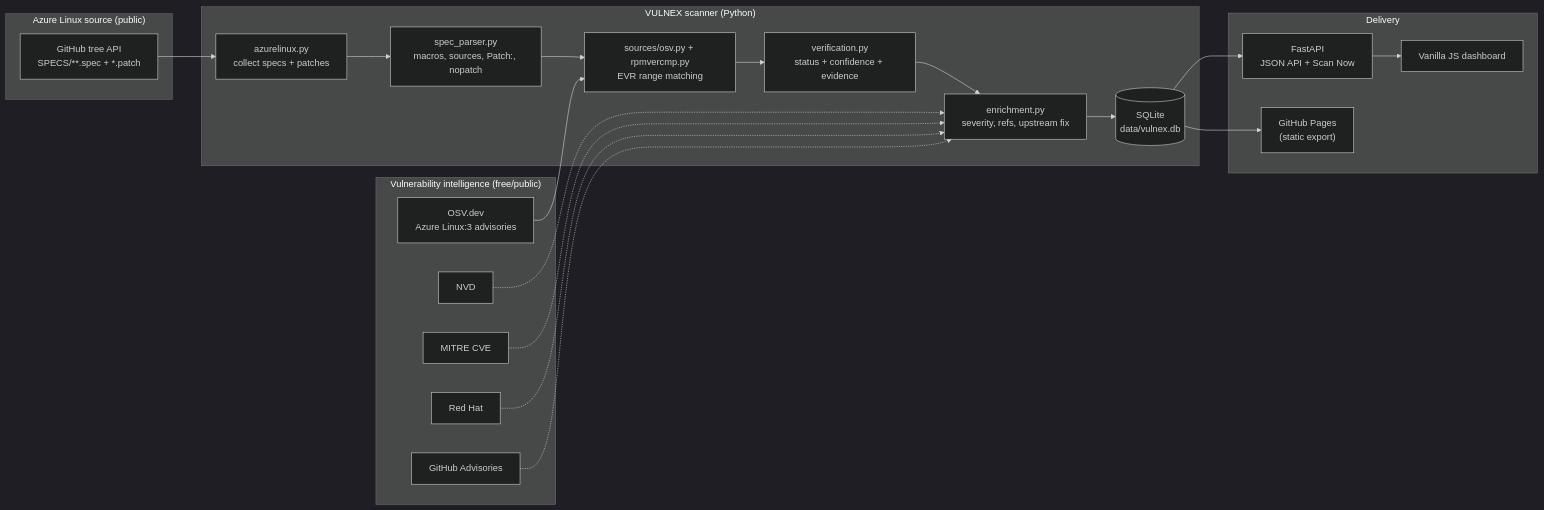
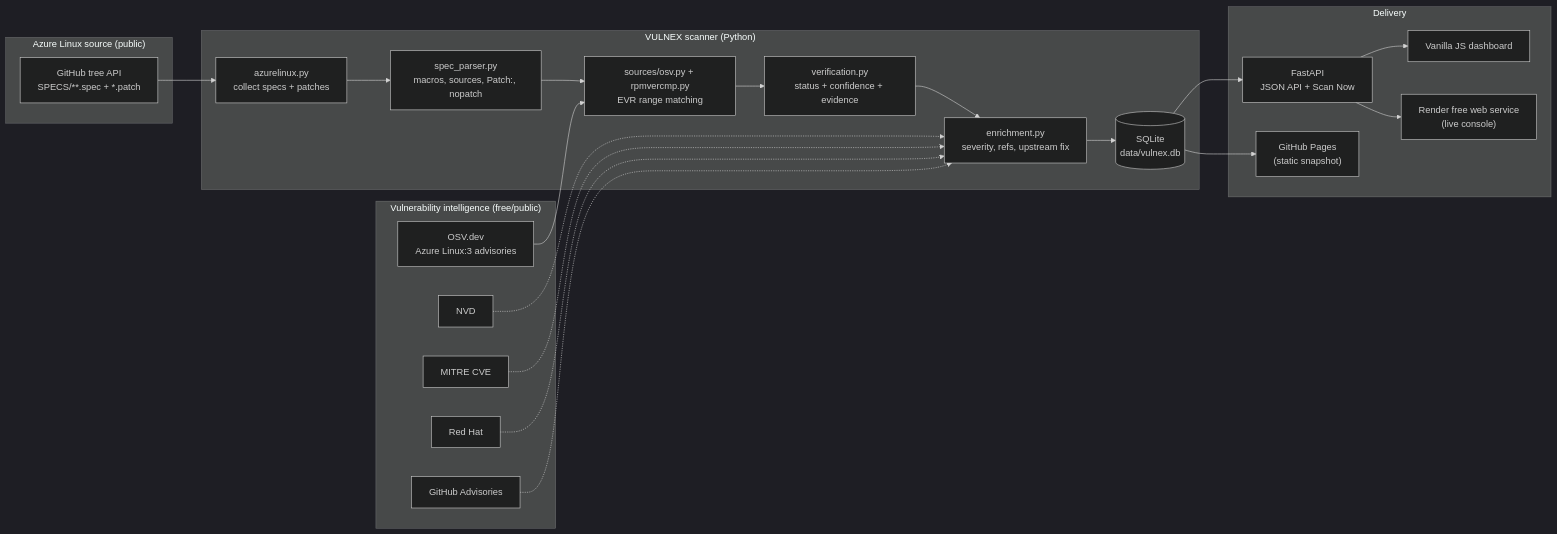
Before and after one commit to akhila-dev5/vulnex: the diagram in README.md, drawn with Mermaid (dark theme). The commit also changed other lines of this file and 12 other files, not shown here.

First line of the commit message:
Consume the VulnerabilityData feed; GitHub-only admin; free live deploy

````diff
--- a/README.md
+++ b/README.md
@@ -98,39 +100,41 @@
 ```mermaid
 flowchart LR
     subgraph Source["Azure Linux source (public)"]
         GH["GitHub tree API<br/>SPECS/**.spec + *.patch"]
     end
 
     subgraph Intel["Vulnerability intelligence (free/public)"]
         OSV["OSV.dev<br/>Azure Linux:3 advisories"]
         NVD["NVD"]
         MITRE["MITRE CVE"]
         RH["Red Hat"]
         GHSA["GitHub Advisories"]
     end
 
     subgraph Core["VULNEX scanner (Python)"]
         COLLECT["azurelinux.py<br/>collect specs + patches"]
         PARSE["spec_parser.py<br/>macros, sources, Patch:, nopatch"]
         MATCH["sources/osv.py + rpmvercmp.py<br/>EVR range matching"]
         VERIFY["verification.py<br/>status + confidence + evidence"]
         ENRICH["enrichment.py<br/>severity, refs, upstream fix"]
         DB[("SQLite<br/>data/vulnex.db")]
     end
 
     subgraph Serve["Delivery"]
         API["FastAPI<br/>JSON API + Scan Now"]
         SPA["Vanilla JS dashboard"]
-        PAGES["GitHub Pages<br/>(static export)"]
+        PAGES["GitHub Pages<br/>(static snapshot)"]
+        RENDER["Render free web service<br/>(live console)"]
     end
 
     GH --> COLLECT --> PARSE --> MATCH
     OSV --> MATCH
     MATCH --> VERIFY --> ENRICH --> DB
     NVD -.-> ENRICH
     MITRE -.-> ENRICH
     RH -.-> ENRICH
     GHSA -.-> ENRICH
     DB --> API --> SPA
     DB --> PAGES
+    API --> RENDER
 ```
````
